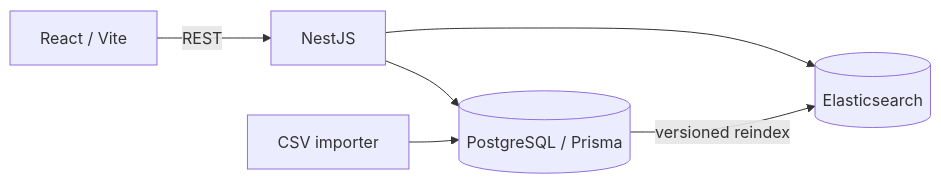
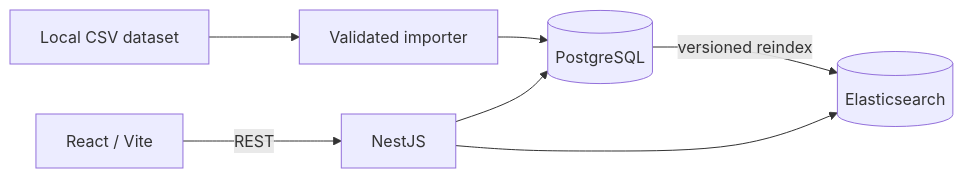
The diagram in README.md (Shayangstp/cyberian), drawn with Mermaid before and after one commit. The commit also changed other lines of this file and 6 other files, not shown here.

````diff
--- a/README.md
+++ b/README.md
@@ -7,8 +7,9 @@
 ```mermaid
 flowchart LR
+  CSV[Local CSV dataset] --> Importer[Validated importer]
+  Importer --> PG[(PostgreSQL)]
+  PG -->|versioned reindex| ES[(Elasticsearch)]
   Web[React / Vite] -->|REST| API[NestJS]
-  API --> PG[(PostgreSQL / Prisma)]
-  API --> ES[(Elasticsearch)]
-  CSV[CSV importer] --> PG
-  PG -->|versioned reindex| ES
+  API --> PG
+  API --> ES
 ```
````
